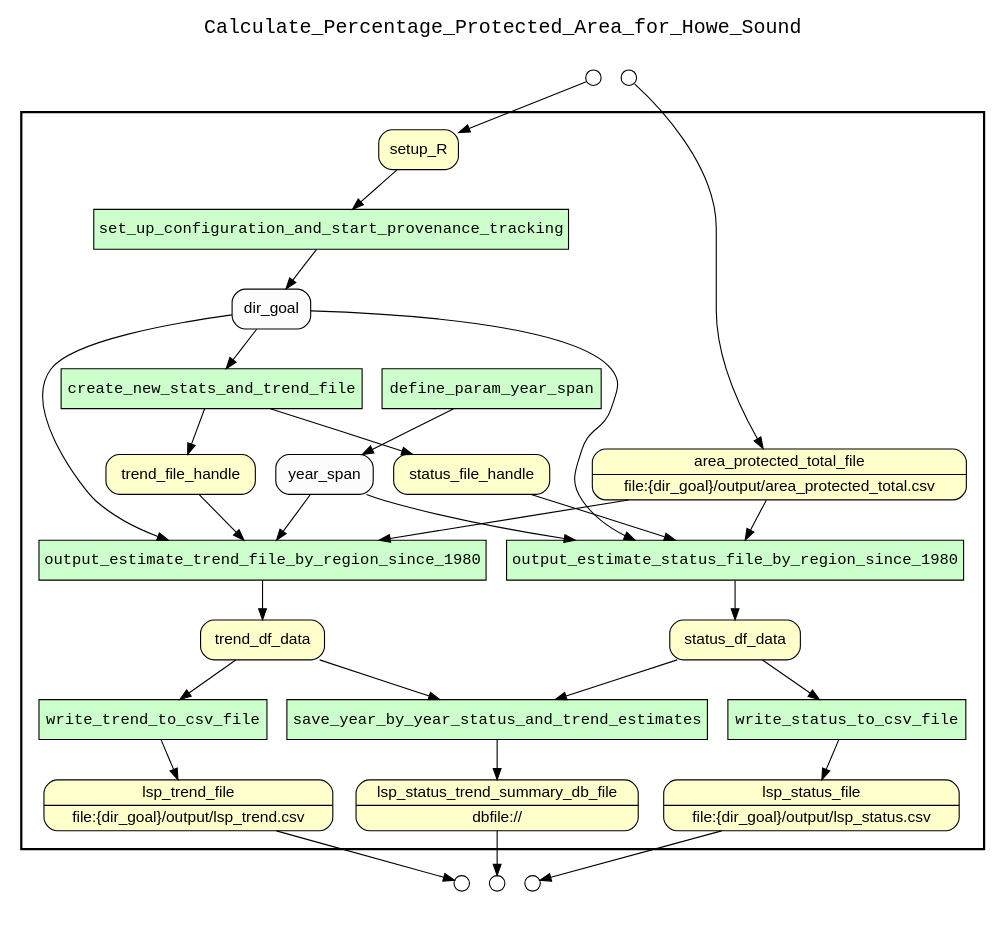
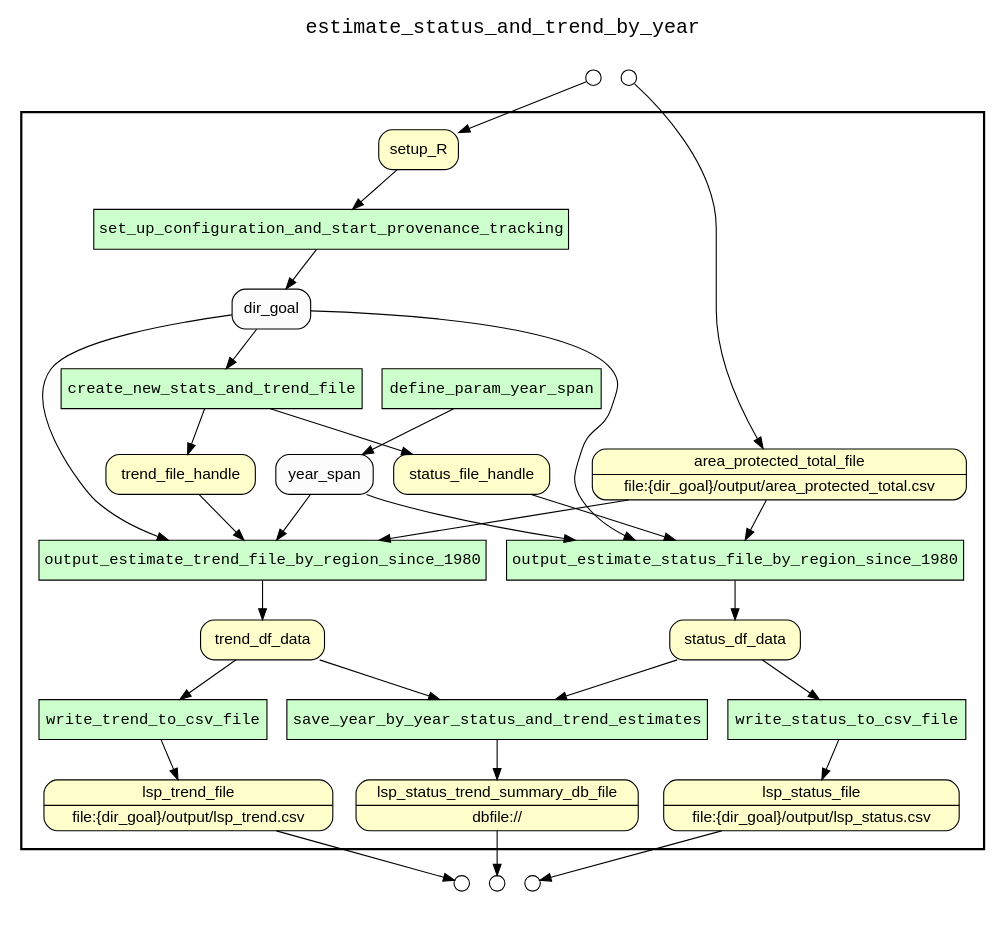
One commit to sycao5/runManager-multipleRuns changed the diagram in examples/OHIBC_Howe_Sound/yw prospective figures only/results/estimate_status_and_trend_by_year_complete_wf_graph_uri.gv. Above: the diagram before and after it, drawn with Graphviz. The commit also changed 41 other files, not shown here.

Commit message:
Change the YW top-level WF name the same as the script name. The top-level YW tag is used as title of WF graphs.

```diff
--- a/examples/OHIBC_Howe_Sound/yw prospective figures only/results/estimate_status_and_trend_by_year_complete_wf_graph_uri.gv
+++ b/examples/OHIBC_Howe_Sound/yw prospective figures only/results/estimate_status_and_trend_by_year_complete_wf_graph_uri.gv
@@ -1,71 +1,71 @@
 digraph Workflow {
 rankdir=TB
 fontname=Courier; fontsize=18; labelloc=t
-label=Calculate_Percentage_Protected_Area_for_Howe_Sound
+label=estimate_status_and_trend_by_year
 subgraph cluster_workflow_box_outer { label=""; color=black; penwidth=2
 subgraph cluster_workflow_box_inner { label=""; color=white
 node[shape=box style=filled fillcolor="#CCFFCC" peripheries=1 fontname=Courier]
 set_up_configuration_and_start_provenance_tracking
 create_new_stats_and_trend_file
 define_param_year_span
 output_estimate_status_file_by_region_since_1980
 write_status_to_csv_file
 output_estimate_trend_file_by_region_since_1980
 write_trend_to_csv_file
 save_year_by_year_status_and_trend_estimates
 node[shape=box style="rounded,filled" fillcolor="#FFFFCC" peripheries=1 fontname=Helvetica]
 lsp_status_file [shape=record rankdir=LR label="{<f0> lsp_status_file |<f1> file\:\{dir_goal\}/output/lsp_status.csv}"];
 lsp_trend_file [shape=record rankdir=LR label="{<f0> lsp_trend_file |<f1> file\:\{dir_goal\}/output/lsp_trend.csv}"];
 lsp_status_trend_summary_db_file [shape=record rankdir=LR label="{<f0> lsp_status_trend_summary_db_file |<f1> dbfile\://}"];
 setup_R
 area_protected_total_file [shape=record rankdir=LR label="{<f0> area_protected_total_file |<f1> file\:\{dir_goal\}/output/area_protected_total.csv}"];
 status_file_handle
 status_df_data
 trend_file_handle
 trend_df_data
 node[shape=box style="rounded,filled" fillcolor="#FCFCFC" peripheries=1 fontname=Helvetica]
 dir_goal
 year_span
 set_up_configuration_and_start_provenance_tracking -> dir_goal
 setup_R -> set_up_configuration_and_start_provenance_tracking
 create_new_stats_and_trend_file -> status_file_handle
 create_new_stats_and_trend_file -> trend_file_handle
 dir_goal -> create_new_stats_and_trend_file
 define_param_year_span -> year_span
 output_estimate_status_file_by_region_since_1980 -> status_df_data
 year_span -> output_estimate_status_file_by_region_since_1980
 dir_goal -> output_estimate_status_file_by_region_since_1980
 area_protected_total_file -> output_estimate_status_file_by_region_since_1980
 status_file_handle -> output_estimate_status_file_by_region_since_1980
 write_status_to_csv_file -> lsp_status_file
 status_df_data -> write_status_to_csv_file
 output_estimate_trend_file_by_region_since_1980 -> trend_df_data
 dir_goal -> output_estimate_trend_file_by_region_since_1980
 year_span -> output_estimate_trend_file_by_region_since_1980
 area_protected_total_file -> output_estimate_trend_file_by_region_since_1980
 trend_file_handle -> output_estimate_trend_file_by_region_since_1980
 write_trend_to_csv_file -> lsp_trend_file
 trend_df_data -> write_trend_to_csv_file
 save_year_by_year_status_and_trend_estimates -> lsp_status_trend_summary_db_file
 status_df_data -> save_year_by_year_status_and_trend_estimates
 trend_df_data -> save_year_by_year_status_and_trend_estimates
 }}
 subgraph cluster_input_ports_group_outer { label=""; color=white
 subgraph cluster_input_ports_group_inner { label=""; color=white
 node[shape=circle style="rounded,filled" fillcolor="#FFFFFF" peripheries=1 fontname=Helvetica width=0.2]
 setup_R_input_port [label=""]
 area_protected_total_file_input_port [label=""]
 }}
 subgraph cluster_output_ports_group_outer { label=""; color=white
 subgraph cluster_output_ports_group_inner { label=""; color=white
 node[shape=circle style="rounded,filled" fillcolor="#FFFFFF" peripheries=1 fontname=Helvetica width=0.2]
 lsp_status_file_output_port [label=""]
 lsp_trend_file_output_port [label=""]
 lsp_status_trend_summary_db_file_output_port [label=""]
 }}
 setup_R_input_port -> setup_R
 area_protected_total_file_input_port -> area_protected_total_file
 lsp_status_file -> lsp_status_file_output_port
 lsp_trend_file -> lsp_trend_file_output_port
 lsp_status_trend_summary_db_file -> lsp_status_trend_summary_db_file_output_port
 }
```
